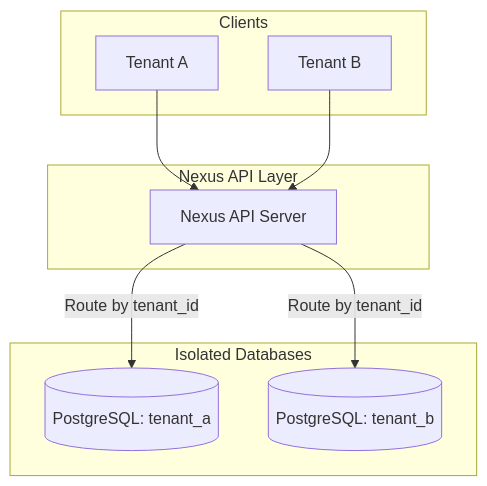
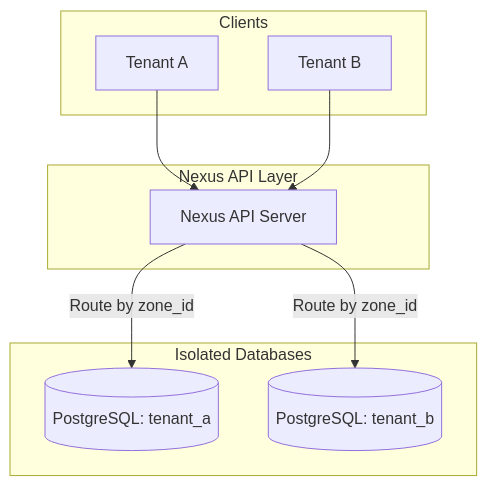
Before and after one commit to nexi-lab/nexus: the third of 4 diagrams in docs/concepts/multi-tenancy.md, drawn with Mermaid. The commit also changed other lines of this file and 420 other files, not shown here.

First line of the commit message:
refactor(#1159): Rename tenant→zone and add Raft distributed store

````diff
--- a/docs/concepts/multi-tenancy.md
+++ b/docs/concepts/multi-tenancy.md
@@ -356,21 +356,21 @@
 ```mermaid
 graph TB
     subgraph "Clients"
         C1["Tenant A"]
         C2["Tenant B"]
     end
 
     subgraph "Nexus API Layer"
         API["Nexus API Server"]
     end
 
     subgraph "Isolated Databases"
         DB1[("PostgreSQL: tenant_a")]
         DB2[("PostgreSQL: tenant_b")]
     end
 
     C1 --> API
     C2 --> API
-    API -->|"Route by tenant_id"| DB1
-    API -->|"Route by tenant_id"| DB2
+    API -->|"Route by zone_id"| DB1
+    API -->|"Route by zone_id"| DB2
 ```
````
